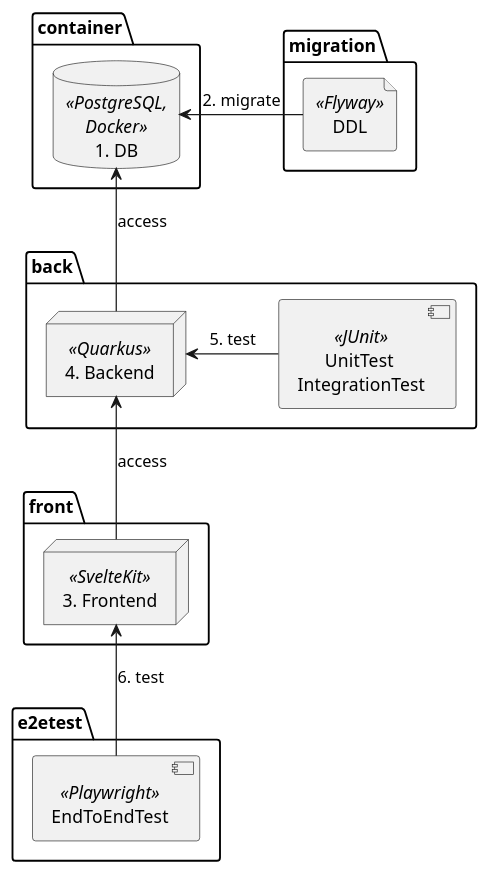
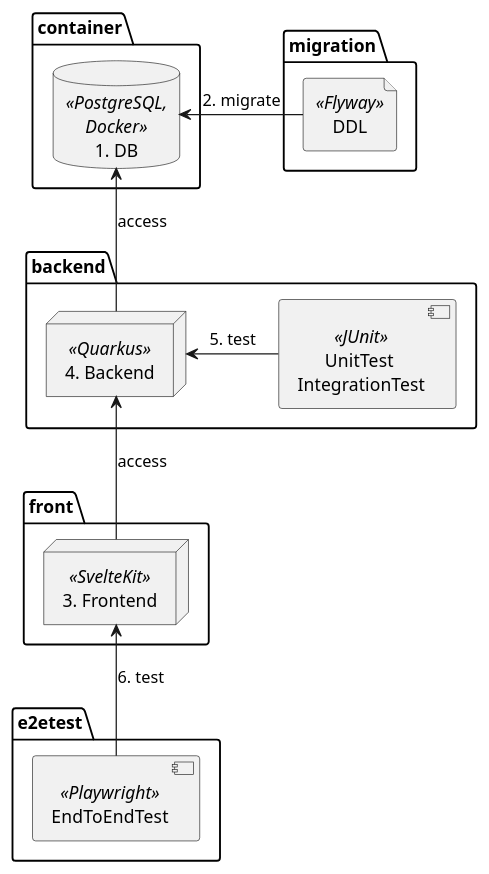
Before and after one commit to project-au-lait/svqk: the diagram in svqk-doc/src/docs/asciidoc/ja/arch-desc/development/setup-process.pu, drawn with PlantUML. The commit also changed 3 other files, not shown here.

```diff
--- a/svqk-doc/src/docs/asciidoc/ja/arch-desc/development/setup-process.pu
+++ b/svqk-doc/src/docs/asciidoc/ja/arch-desc/development/setup-process.pu
@@ -1,32 +1,32 @@
 
 
 package container {
   database "1. DB" as DB <<PostgreSQL,\nDocker>>
 }
 
 
 package migration {
   file DDL <<Flyway>>
 }
 DDL -left-> DB: 2. migrate
 
 
-package back {
+package backend {
   node "4. Backend" as Backend <<Quarkus>>
 
   component "      UnitTest\nIntegrationTest" <<JUnit>> as UIT
   UIT  -left-> Backend: 5. test
 }
 Backend -up-> DB: access
 
 
 package front {
   node "3. Frontend" as Frontend <<SvelteKit>>
 }
 Frontend -up-> Backend: access
 
 
 package e2etest {
   component EndToEndTest <<Playwright>>
 }
 EndToEndTest -up-> Frontend: 6. test
```
